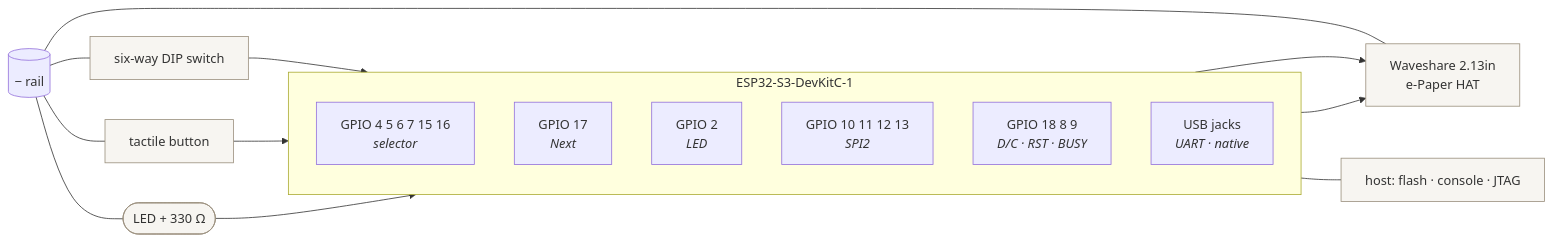
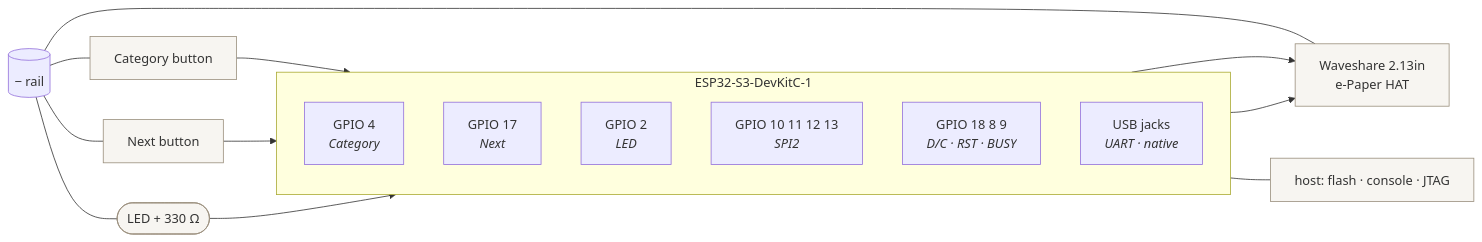
Before and after one commit to giacomomellone/cicala: the first of 2 diagrams in docs/hardware_wiring.md, drawn with Mermaid. The commit also changed other lines of this file and 26 other files, not shown here.

First line of the commit message:
feat(fw): deep sleep, and a Category button in place of the selector

````diff
--- a/docs/hardware_wiring.md
+++ b/docs/hardware_wiring.md
@@ -33,26 +27,26 @@
 ```mermaid
 flowchart LR
     subgraph esp["ESP32-S3-DevKitC-1"]
         direction TB
-        SEL["GPIO 4 5 6 7 15 16<br/><i>selector</i>"]
+        CAT["GPIO 4<br/><i>Category</i>"]
         NXT["GPIO 17<br/><i>Next</i>"]
         LED["GPIO 2<br/><i>LED</i>"]
         SPI["GPIO 10 11 12 13<br/><i>SPI2</i>"]
         CTL["GPIO 18 8 9<br/><i>D/C · RST · BUSY</i>"]
         USB["USB jacks<br/><i>UART · native</i>"]
     end
 
-    DIP["six-way DIP switch"] --> SEL
-    BTN["tactile button"] --> NXT
+    CB["Category button"] --> CAT
+    BTN["Next button"] --> NXT
     L(["LED + 330 Ω"]) --> LED
     SPI --> EPD["Waveshare 2.13in<br/>e-Paper HAT"]
     CTL --> EPD
-    GND[("− rail")] --- DIP
+    GND[("− rail")] --- CB
     GND --- BTN
     GND --- L
     GND --- EPD
     USB --- HOST["host: flash · console · JTAG"]
 
     classDef x fill:#f7f5f1,stroke:#9a8f7d
-    class DIP,BTN,L,EPD,HOST x
+    class CB,BTN,L,EPD,HOST x
 ```
````
